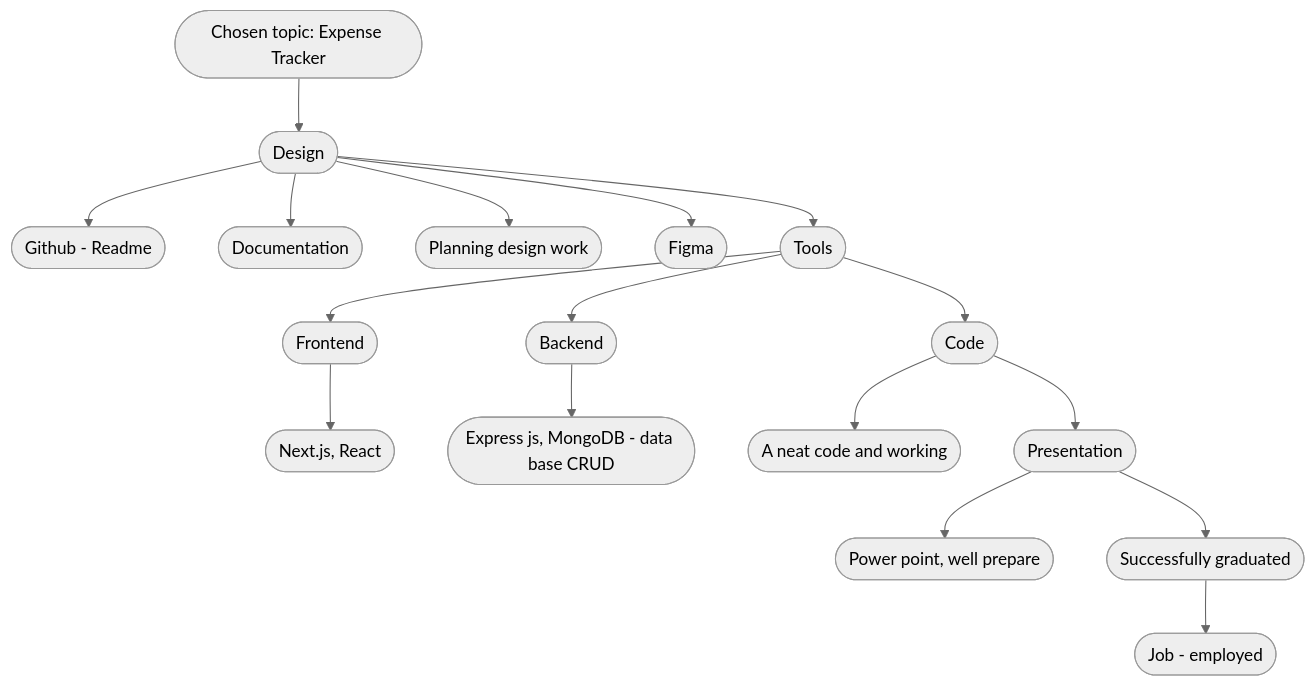
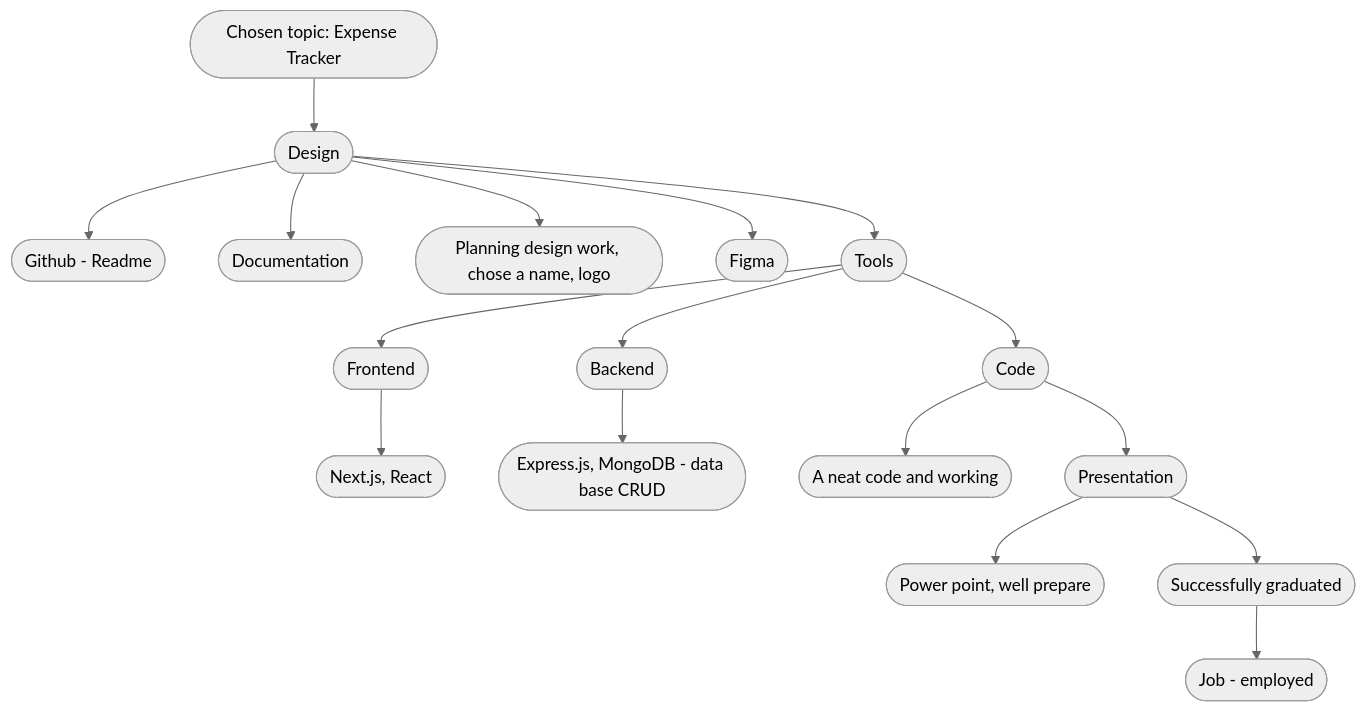
One commit to TSTavares/casptone-project changed the diagram in README.md. Above: the diagram before and after it, drawn with Mermaid (neutral theme). The commit also changed other lines of this file and 20 other files, not shown here.

````diff
--- a/README.md
+++ b/README.md
@@ -19,22 +55,22 @@
 ```mermaid
   graph TB;
 
       A([Chosen topic: Expense Tracker ]) --> B([Design]);
       B([Design])-->B.1([Github - Readme]); 
       B([Design])-->B.2([Documentation]);
-      B([Design])-->B.3([Planning design work]);
+      B([Design])-->B.3([Planning design work, chose a name, logo]);
       B([Design])-->B.4([Figma]);
       B([Design])-->C([Tools]);
       C([Tools])-->C.1([Frontend]);
       C([Tools])-->C.2([Backend]);
       C.1([Frontend])-->C.3([Next.js, React]);
-      C.2([Backend])-->C.5([Express js, MongoDB - data base CRUD]);
+      C.2([Backend])-->C.5([Express.js, MongoDB - data base CRUD]);
       C([Tools])-->D([Code]);
       D([Code])-->D.1([A neat code and working]);
       D([Code])-->E([Presentation]);
       E([Presentation])-->E.1([Power point, well prepare]);
       E([Presentation])-->F([Successfully graduated]);
       F([Successfully graduated])-->G([Job - employed]);
       
 
 ```
````
